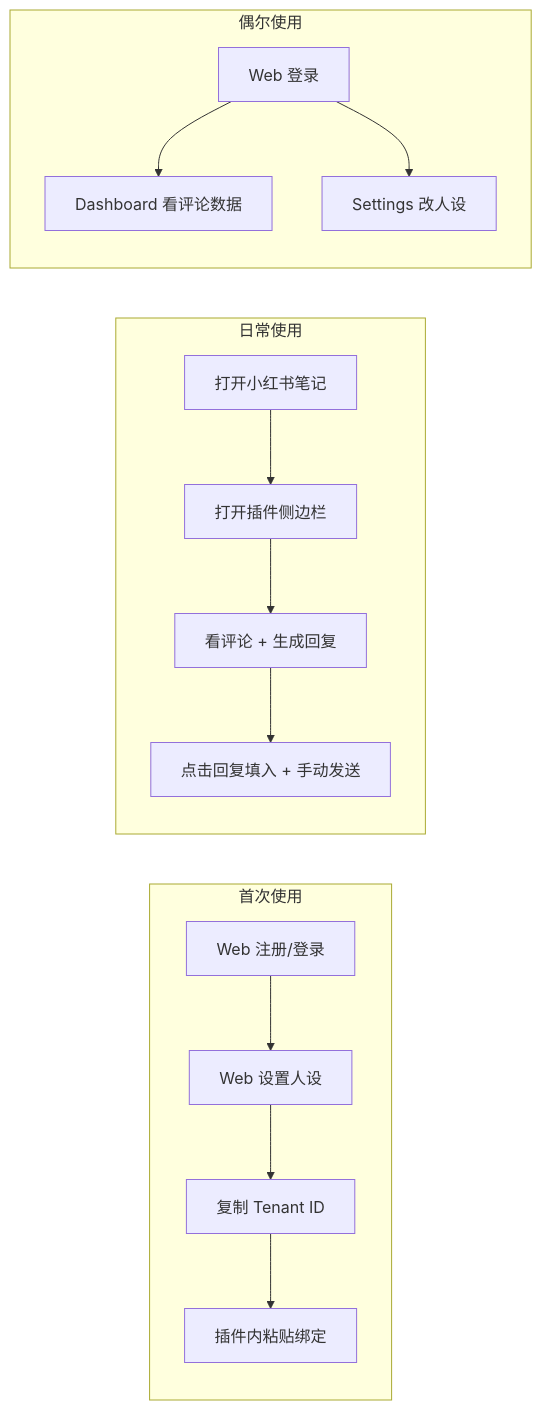
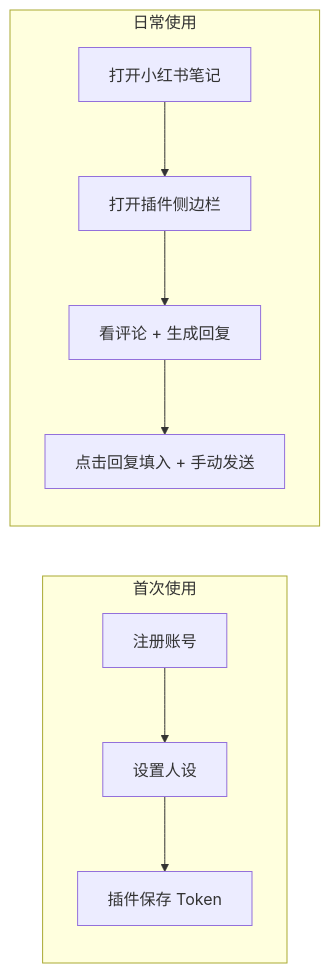
One commit to mustcanbedo/comment_copilot changed the diagram in docs/usage-flow.md. Above: the diagram before and after it, drawn with Mermaid. The commit also changed other lines of this file and 52 other files, not shown here.

````diff
--- a/docs/usage-flow.md
+++ b/docs/usage-flow.md
@@ -22,26 +19,17 @@
 ```mermaid
 flowchart LR
   subgraph 首次使用
-    A1[Web 注册/登录]
-    A2[Web 设置人设]
-    A3[复制 Tenant ID]
-    A4[插件内粘贴绑定]
+    A1[注册账号]
+    A2[设置人设]
+    A3[插件保存 Token]
   end
-  A1 --> A2 --> A3 --> A4
+  A1 --> A2 --> A3
 
   subgraph 日常使用
     B1[打开小红书笔记]
     B2[打开插件侧边栏]
     B3[看评论 + 生成回复]
     B4[点击回复填入 + 手动发送]
   end
   B1 --> B2 --> B3 --> B4
-
-  subgraph 偶尔使用
-    C1[Web 登录]
-    C2[Dashboard 看评论数据]
-    C3[Settings 改人设]
-  end
-  C1 --> C2
-  C1 --> C3
 ```
````
